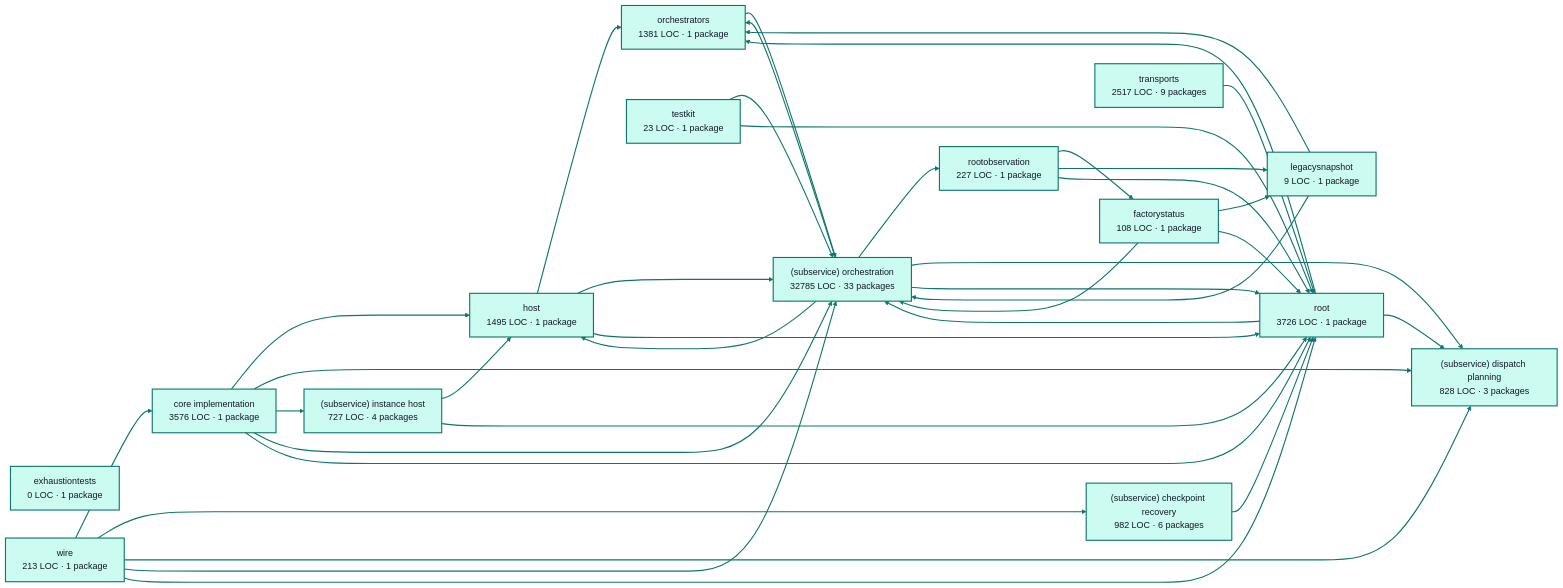
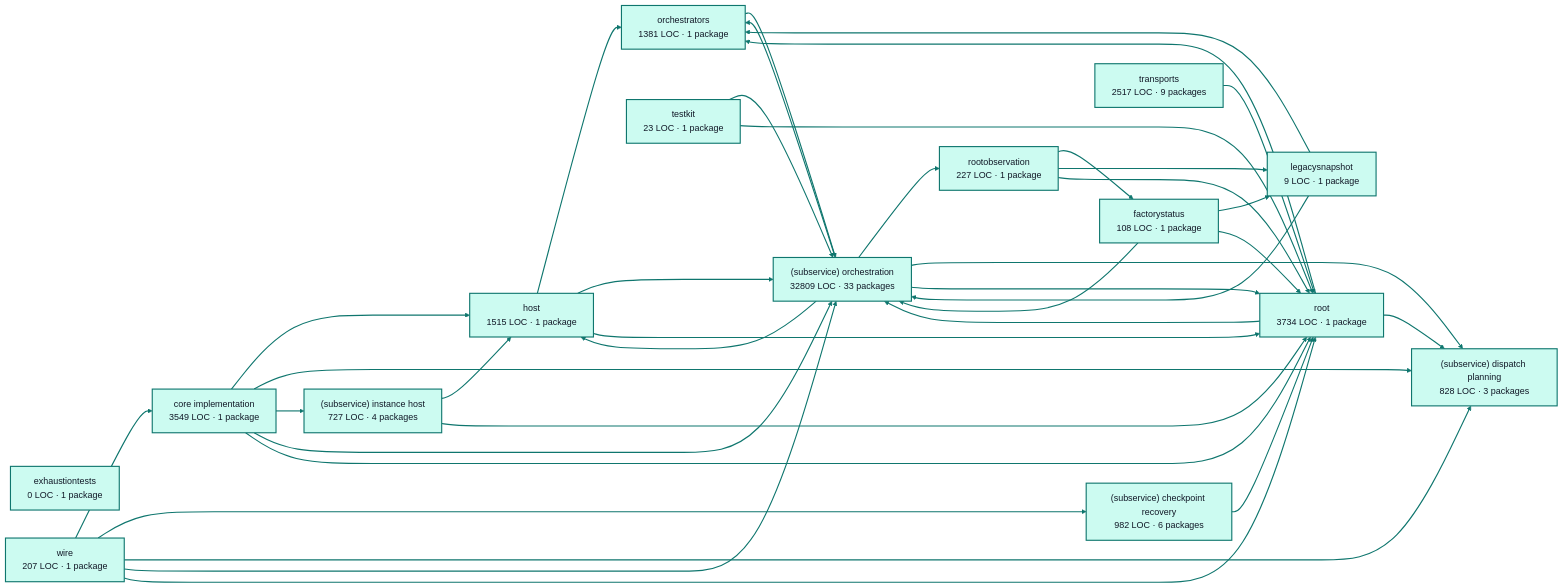
One commit to portpowered/you-agent-factory changed the diagram in docs/architecture/visualizations/services/factory_runtime.md. Above: the diagram before and after it, drawn with Mermaid (forest theme). The commit also changed other lines of this file and 20 other files, not shown here.

Commit message:
docs: refresh backend architecture visualizations

````diff
--- a/docs/architecture/visualizations/services/factory_runtime.md
+++ b/docs/architecture/visualizations/services/factory_runtime.md
@@ -11,70 +11,70 @@
 ```mermaid
 flowchart LR
-  p0["core implementation<br/>3576 LOC · 1 package"]
+  p0["core implementation<br/>3549 LOC · 1 package"]
   p1["exhaustiontests<br/>0 LOC · 1 package"]
   p2["factorystatus<br/>108 LOC · 1 package"]
-  p3["host<br/>1495 LOC · 1 package"]
+  p3["host<br/>1515 LOC · 1 package"]
   p4["legacysnapshot<br/>9 LOC · 1 package"]
   p5["orchestrators<br/>1381 LOC · 1 package"]
   p6["rootobservation<br/>227 LOC · 1 package"]
   p7["(subservice) checkpoint recovery<br/>982 LOC · 6 packages"]
   p8["(subservice) dispatch planning<br/>828 LOC · 3 packages"]
   p9["(subservice) instance host<br/>727 LOC · 4 packages"]
-  p10["(subservice) orchestration<br/>32785 LOC · 33 packages"]
+  p10["(subservice) orchestration<br/>32809 LOC · 33 packages"]
   p11["testkit<br/>23 LOC · 1 package"]
-  p12["root<br/>3726 LOC · 1 package"]
+  p12["root<br/>3734 LOC · 1 package"]
   p13["transports<br/>2517 LOC · 9 packages"]
-  p14["wire<br/>213 LOC · 1 package"]
+  p14["wire<br/>207 LOC · 1 package"]
   p0 --> p3
   p0 --> p8
   p0 --> p9
   p0 --> p10
   p0 --> p12
   p2 --> p4
   p2 --> p10
   p2 --> p12
   p3 --> p5
   p3 --> p10
   p3 --> p12
   p4 --> p5
   p4 --> p10
   p5 --> p10
   p6 --> p2
   p6 --> p4
   p6 --> p12
   p7 --> p12
   p9 --> p3
   p9 --> p12
   p10 --> p3
   p10 --> p5
   p10 --> p6
   p10 --> p8
   p10 --> p12
   p11 --> p10
   p11 --> p12
   p12 --> p5
   p12 --> p8
   p12 --> p10
   p13 --> p12
   p14 --> p0
   p14 --> p7
   p14 --> p8
   p14 --> p10
   p14 --> p12
   style p0 fill:#ccfbf1,stroke:#0f766e,stroke-width:2px,color:#111827
   style p1 fill:#ccfbf1,stroke:#0f766e,stroke-width:2px,color:#111827
   style p2 fill:#ccfbf1,stroke:#0f766e,stroke-width:2px,color:#111827
   style p3 fill:#ccfbf1,stroke:#0f766e,stroke-width:2px,color:#111827
   style p4 fill:#ccfbf1,stroke:#0f766e,stroke-width:2px,color:#111827
   style p5 fill:#ccfbf1,stroke:#0f766e,stroke-width:2px,color:#111827
   style p6 fill:#ccfbf1,stroke:#0f766e,stroke-width:2px,color:#111827
   style p7 fill:#ccfbf1,stroke:#0f766e,stroke-width:2px,color:#111827
   style p8 fill:#ccfbf1,stroke:#0f766e,stroke-width:2px,color:#111827
   style p9 fill:#ccfbf1,stroke:#0f766e,stroke-width:2px,color:#111827
   style p10 fill:#ccfbf1,stroke:#0f766e,stroke-width:2px,color:#111827
   style p11 fill:#ccfbf1,stroke:#0f766e,stroke-width:2px,color:#111827
   style p12 fill:#ccfbf1,stroke:#0f766e,stroke-width:2px,color:#111827
   style p13 fill:#ccfbf1,stroke:#0f766e,stroke-width:2px,color:#111827
   style p14 fill:#ccfbf1,stroke:#0f766e,stroke-width:2px,color:#111827
   linkStyle default stroke:#0f766e,stroke-width:2px
 ```
````
